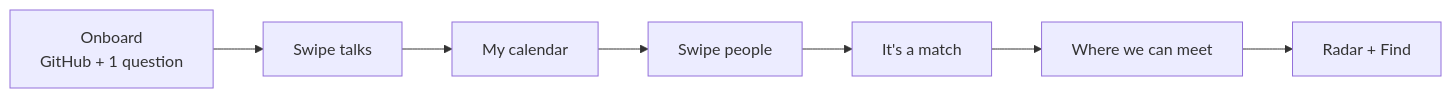
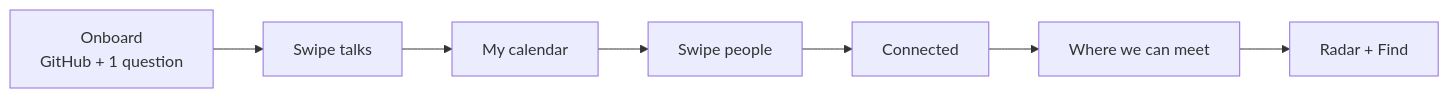
Before and after one commit to Arjunprasaath/Affinity: the first of 3 diagrams in README.md, drawn with Mermaid. The commit also changed other lines of this file and 11 other files, not shown here.

````diff
--- a/README.md
+++ b/README.md
@@ -41,9 +36,9 @@
 ```mermaid
 flowchart LR
     A["Onboard<br/>GitHub + 1 question"] --> B["Swipe talks"]
     B --> C["My calendar"]
     C --> D["Swipe people"]
-    D --> E["It's a match"]
+    D --> E["Connected"]
     E --> F["Where we can meet"]
     F --> G["Radar + Find"]
 ```
````
